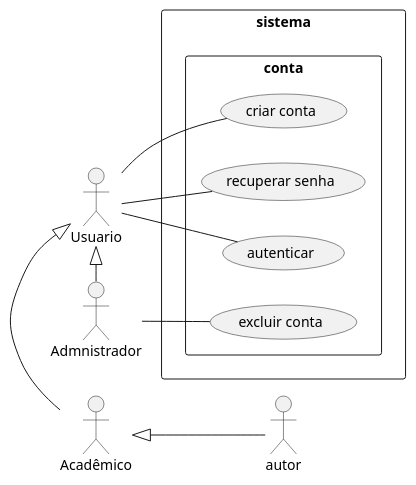
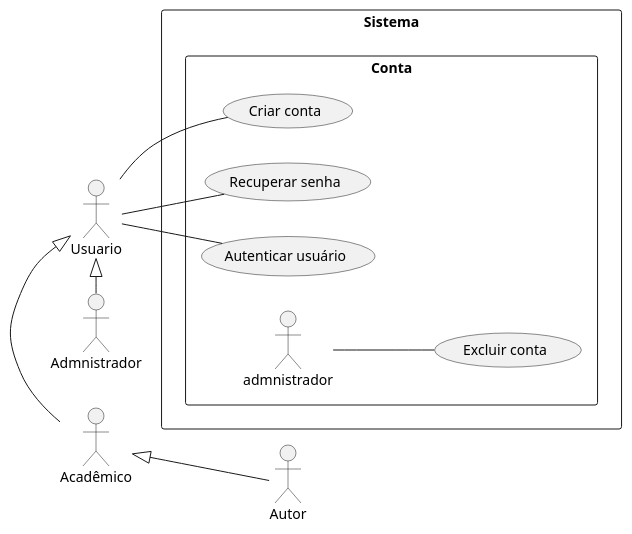
The diagram in use-case/diagrams/conta.iuml (arielazzi/desenvolvimento-de-software-I), drawn with PlantUML before and after one commit. The commit also changed 5 other files, not shown here.

```diff
--- a/use-case/diagrams/conta.iuml
+++ b/use-case/diagrams/conta.iuml
@@ -1,23 +1,23 @@
 @startuml conta
 
 left to right direction
 
-:Usuario: as usuario
-:Acadêmico: as academico
-:Admnistrador: as admnistrador
+:Usuario: as Usuario
+:Acadêmico: as Academico
+:Admnistrador: as Admnistrador
 
-academico <|-- autor
-usuario <|- academico
-usuario <|- admnistrador
+Academico <|-- Autor
+Usuario <|- Academico
+Usuario <|- Admnistrador
 
 
-rectangle sistema {
-        rectangle conta {
-            usuario -- (criar conta)
-            usuario -- (recuperar senha)
-            usuario -- (autenticar)
-            admnistrador -- (excluir conta)
+rectangle Sistema {
+        rectangle Conta {
+            Usuario -- (Criar conta)
+            Usuario -- (Recuperar senha)
+            Usuario -- (Autenticar usuário)
+            admnistrador -- (Excluir conta)
         }
 }
 
 @enduml
```
